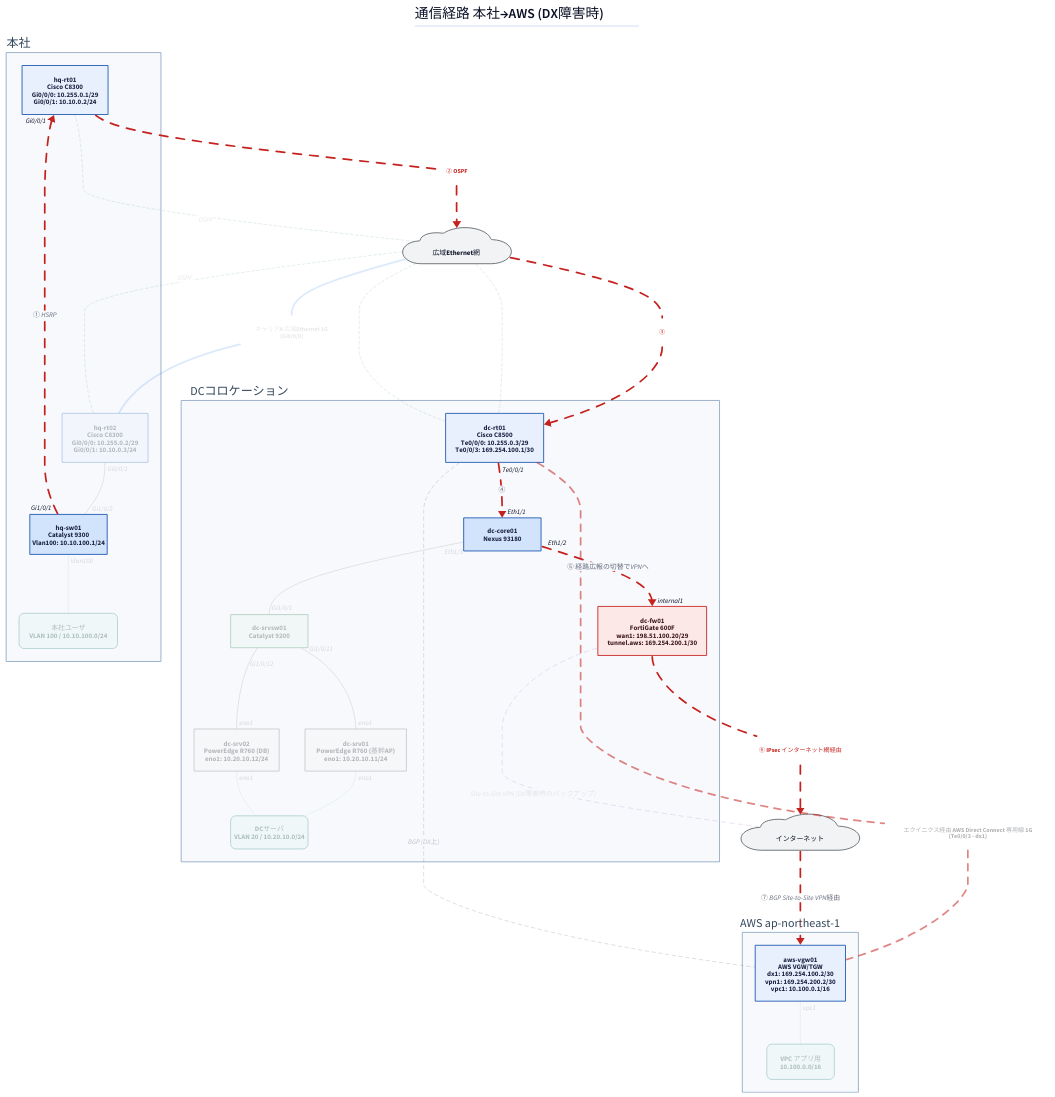
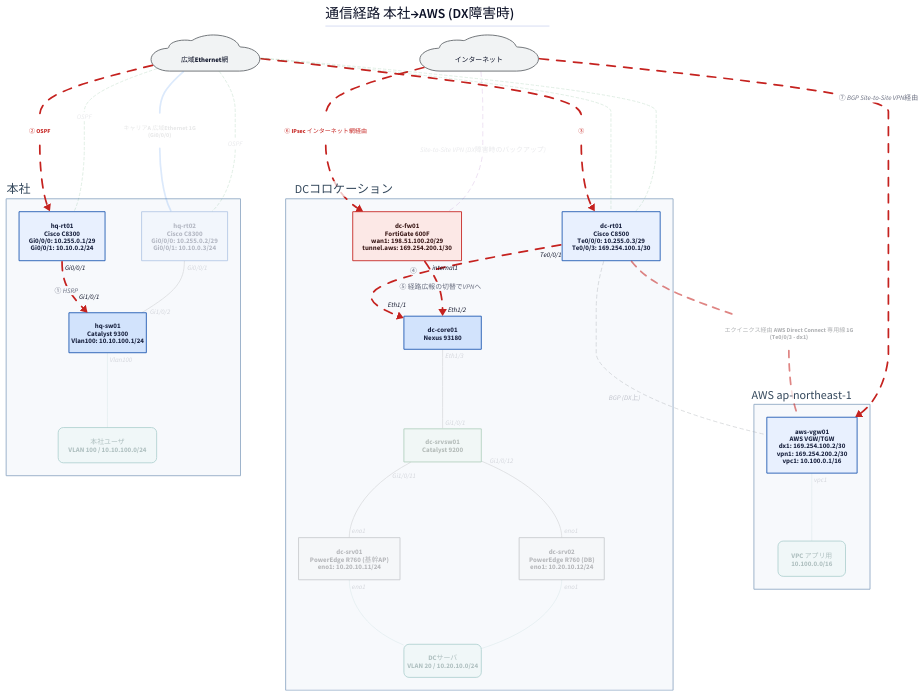
Before and after one commit to thinas1115/nwdsl: the diagram in examples/hq-dc-cloud/generated/path-dx-fail.d2, drawn with D2. The commit also changed 21 other files, not shown here.

First line of the commit message:
経路図の矢印反転がレイアウトの階層を壊す問題を修正

```diff
--- a/examples/hq-dc-cloud/generated/path-dx-fail.d2
+++ b/examples/hq-dc-cloud/generated/path-dx-fail.d2
@@ -1,88 +1,88 @@
 title: |md
   # 通信経路 本社→AWS (DX障害時)
 | {near: top-center}
 direction: down
 
 classes: {
   role-router: {style.fill: "#e8f0fe"; style.stroke: "#1a56b0"; style.font-color: "#1a2340"}
   role-l3switch: {style.fill: "#d2e3fc"; style.stroke: "#1a56b0"; style.font-color: "#1a2340"}
   role-l2switch: {style.fill: "#e6f4ea"; style.stroke: "#137333"; style.font-color: "#1a2e1f"}
   role-firewall: {style.fill: "#fce8e6"; style.stroke: "#c5221f"; style.font-color: "#3c1a19"}
   role-other: {style.fill: "#f1f3f4"; style.stroke: "#5f6368"; style.font-color: "#202124"}
   node-cloud: {shape: cloud; style.fill: "#f1f3f4"; style.stroke: "#5f6368"}
   node-site: {style.fill: "#fff8e1"; style.stroke: "#b58105"; style.font-color: "#4a3a08"}
   node-segment: {style.fill: "#e2f5f0"; style.stroke: "#0f766e"; style.font-color: "#0b3d38"; style.border-radius: 12}
   node-external: {style.fill: "#ffffff"; style.stroke: "#9aa0a6"; style.stroke-dash: 3}
   group-site: {style.fill: "#f7f9fc"; style.stroke: "#8fa8c4"; style.font-color: "#33475b"}
   edge-label: {style.fill: "transparent"; style.stroke: "transparent"; style.font-size: 14; style.font-color: "#5f6368"; style.italic: true}
   edge-lan-cable: {style.stroke: "#4a4a4a"; style.stroke-width: 2}
   edge-wan-circuit: {style.stroke: "#1a73e8"; style.stroke-width: 4}
   edge-tunnel: {style.stroke: "#7b1fa2"; style.stroke-width: 2; style.stroke-dash: 5}
   edge-logical: {style.stroke: "#188038"; style.stroke-width: 2; style.stroke-dash: 3}
   edge-segment: {style.stroke: "#0f766e"; style.stroke-width: 1}
 }
 
 s_hq: "本社" {
   class: group-site
   label.near: outside-top-left
   n_hq_rt01: "hq-rt01\nCisco C8300\nGi0/0/0: 10.255.0.1/29\nGi0/0/1: 10.10.0.2/24" {class: role-router}
   n_hq_sw01: "hq-sw01\nCatalyst 9300\nVlan100: 10.10.100.1/24" {class: role-l3switch; width: 180}
   n_hq_rt02: "hq-rt02\nCisco C8300\nGi0/0/0: 10.255.0.2/29\nGi0/0/1: 10.10.0.3/24" {class: role-router; style.opacity: 0.3}
   n_seg__hq_users: "本社ユーザ\nVLAN 100 / 10.10.100.0/24" {class: node-segment; style.opacity: 0.3}
 }
 
 s_dc: "DCコロケーション" {
   class: group-site
   label.near: outside-top-left
   n_dc_rt01: "dc-rt01\nCisco C8500\nTe0/0/0: 10.255.0.3/29\nTe0/0/3: 169.254.100.1/30" {class: role-router}
   n_dc_core01: "dc-core01\nNexus 93180" {class: role-l3switch; width: 180}
   n_dc_fw01: "dc-fw01\nFortiGate 600F\nwan1: 198.51.100.20/29\ntunnel.aws: 169.254.200.1/30" {class: role-firewall}
   n_dc_srvsw01: "dc-srvsw01\nCatalyst 9200" {class: role-l2switch; width: 180; style.opacity: 0.3}
   n_dc_srv01: "dc-srv01\nPowerEdge R760 (基幹AP)\neno1: 10.20.10.11/24" {class: role-other; style.opacity: 0.3}
   n_dc_srv02: "dc-srv02\nPowerEdge R760 (DB)\neno1: 10.20.10.12/24" {class: role-other; style.opacity: 0.3}
   n_seg__dc_servers: "DCサーバ\nVLAN 20 / 10.20.10.0/24" {class: node-segment; width: 180; style.opacity: 0.3}
 }
 
 s_aws: "AWS ap-northeast-1" {
   class: group-site
   label.near: outside-top-left
   n_aws_vgw01: "aws-vgw01\nAWS VGW/TGW\ndx1: 169.254.100.2/30\nvpn1: 169.254.200.2/30\nvpc1: 10.100.0.1/16" {class: role-router}
   n_seg__aws_vpc_app: "VPC アプリ用\n10.100.0.0/16" {class: node-segment; style.opacity: 0.3}
 }
 
 n_wide_ether: "　広域Ethernet網　" {class: node-cloud}
 n_internet: "　インターネット　" {class: node-cloud}
 
-s_hq.n_hq_sw01 -> s_hq.n_hq_rt01: "① HSRP" {class: edge-lan-cable; source-arrowhead.label: "Gi1/0/1"; target-arrowhead.label: "Gi0/0/1"; style.stroke: "#c5221f"; style.stroke-width: 4; style.animated: true}
+s_hq.n_hq_rt01 -> s_hq.n_hq_sw01: "① HSRP" {class: edge-lan-cable; source-arrowhead.label: "Gi0/0/1"; target-arrowhead.label: "Gi1/0/1"; style.stroke: "#c5221f"; style.stroke-width: 4; style.animated: true}
 s_hq.n_hq_rt02 -- s_hq.n_hq_sw01 {class: edge-lan-cable; source-arrowhead.label: "Gi0/0/1"; target-arrowhead.label: "Gi1/0/2"; style.opacity: 0.15}
 s_dc.n_dc_rt01 -> s_dc.n_dc_core01: "④" {class: edge-lan-cable; source-arrowhead.label: "Te0/0/1"; target-arrowhead.label: "Eth1/1"; style.stroke: "#c5221f"; style.stroke-width: 4; style.animated: true}
-s_dc.n_dc_core01 -> s_dc.n_dc_fw01: "⑤ 経路広報の切替でVPNへ" {class: edge-lan-cable; source-arrowhead.label: "Eth1/2"; target-arrowhead.label: "internal1"; style.stroke: "#c5221f"; style.stroke-width: 4; style.animated: true}
+s_dc.n_dc_fw01 -> s_dc.n_dc_core01: "⑤ 経路広報の切替でVPNへ" {class: edge-lan-cable; source-arrowhead.label: "internal1"; target-arrowhead.label: "Eth1/2"; style.stroke: "#c5221f"; style.stroke-width: 4; style.animated: true}
 s_dc.n_dc_core01 -- s_dc.n_dc_srvsw01 {class: edge-lan-cable; source-arrowhead.label: "Eth1/3"; target-arrowhead.label: "Gi1/0/1"; style.opacity: 0.15}
 s_dc.n_dc_srvsw01 -- s_dc.n_dc_srv01 {class: edge-lan-cable; source-arrowhead.label: "Gi1/0/11"; target-arrowhead.label: "eno1"; style.opacity: 0.15}
 s_dc.n_dc_srvsw01 -- s_dc.n_dc_srv02 {class: edge-lan-cable; source-arrowhead.label: "Gi1/0/12"; target-arrowhead.label: "eno1"; style.opacity: 0.15}
 lbl_7: "② OSPF" {class: edge-label; style.font-color: "#c5221f"; style.bold: true}
-s_hq.n_hq_rt01 -- lbl_7 {class: edge-wan-circuit; style.stroke: "#c5221f"; style.stroke-width: 4; style.animated: true}
-lbl_7 -> n_wide_ether {class: edge-wan-circuit; style.stroke: "#c5221f"; style.stroke-width: 4; style.animated: true}
+n_wide_ether -- lbl_7 {class: edge-wan-circuit; style.stroke: "#c5221f"; style.stroke-width: 4; style.animated: true}
+lbl_7 -> s_hq.n_hq_rt01 {class: edge-wan-circuit; style.stroke: "#c5221f"; style.stroke-width: 4; style.animated: true}
 lbl_8: "キャリアA 広域Ethernet 1G\n(Gi0/0/0)" {class: edge-label; style.opacity: 0.15}
 n_wide_ether -- lbl_8 {class: edge-wan-circuit; style.opacity: 0.15}
 lbl_8 -- s_hq.n_hq_rt02 {class: edge-wan-circuit; style.opacity: 0.15}
 lbl_9: "③" {class: edge-label; style.font-color: "#c5221f"; style.bold: true}
 n_wide_ether -- lbl_9 {class: edge-wan-circuit; style.stroke: "#c5221f"; style.stroke-width: 4; style.animated: true}
 lbl_9 -> s_dc.n_dc_rt01 {class: edge-wan-circuit; style.stroke: "#c5221f"; style.stroke-width: 4; style.animated: true}
 lbl_10: "エクイニクス経由 AWS Direct Connect 専用線 1G\n(Te0/0/3 - dx1)" {class: edge-label; style.opacity: 0.5}
 s_dc.n_dc_rt01 -- lbl_10 {class: edge-wan-circuit; style.stroke: "#c5221f"; style.stroke-dash: 4; style.opacity: 0.55}
 lbl_10 -- s_aws.n_aws_vgw01 {class: edge-wan-circuit; style.stroke: "#c5221f"; style.stroke-dash: 4; style.opacity: 0.55}
 lbl_11: "⑥ IPsec インターネット網経由" {class: edge-label; style.font-color: "#c5221f"; style.bold: true}
-s_dc.n_dc_fw01 -- lbl_11 {class: edge-wan-circuit; style.stroke: "#c5221f"; style.stroke-width: 4; style.animated: true}
-lbl_11 -> n_internet {class: edge-wan-circuit; style.stroke: "#c5221f"; style.stroke-width: 4; style.animated: true}
+n_internet -- lbl_11 {class: edge-wan-circuit; style.stroke: "#c5221f"; style.stroke-width: 4; style.animated: true}
+lbl_11 -> s_dc.n_dc_fw01 {class: edge-wan-circuit; style.stroke: "#c5221f"; style.stroke-width: 4; style.animated: true}
 n_internet -- s_dc.n_dc_fw01: "Site-to-Site VPN (DX障害時のバックアップ)" {class: edge-tunnel; style.opacity: 0.15}
 n_internet -> s_aws.n_aws_vgw01: "⑦ BGP Site-to-Site VPN経由" {class: edge-tunnel; style.stroke: "#c5221f"; style.stroke-width: 4; style.animated: true}
 n_wide_ether -- s_hq.n_hq_rt01: "OSPF" {class: edge-logical; style.opacity: 0.15}
 n_wide_ether -- s_dc.n_dc_rt01 {class: edge-logical; style.opacity: 0.15}
 n_wide_ether -- s_hq.n_hq_rt02: "OSPF" {class: edge-logical; style.opacity: 0.15}
 n_wide_ether -- s_dc.n_dc_rt01 {class: edge-logical; style.opacity: 0.15}
 s_dc.n_dc_rt01 -- s_aws.n_aws_vgw01: "BGP (DX上)" {class: edge-logical; style.stroke: "#9aa0a6"; style.stroke-dash: 4; style.opacity: 0.4}
 s_hq.n_hq_sw01 -- s_hq.n_seg__hq_users {class: edge-segment; source-arrowhead.label: "Vlan100"; style.opacity: 0.15}
 s_dc.n_dc_srv01 -- s_dc.n_seg__dc_servers {class: edge-segment; source-arrowhead.label: "eno1"; style.opacity: 0.15}
 s_dc.n_dc_srv02 -- s_dc.n_seg__dc_servers {class: edge-segment; source-arrowhead.label: "eno1"; style.opacity: 0.15}
 s_aws.n_aws_vgw01 -- s_aws.n_seg__aws_vpc_app {class: edge-segment; source-arrowhead.label: "vpc1"; style.opacity: 0.15}
```
